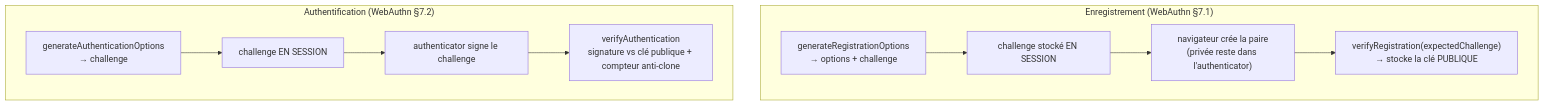
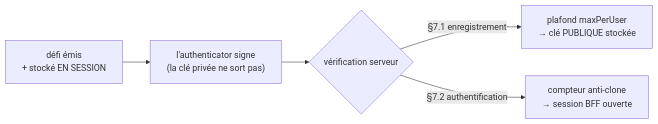
Before and after one commit to nodefony/nodefony-core: the first of 2 diagrams in src/packages/@nodefony/security/docs/webauthn.md, drawn with Mermaid. The commit also changed other lines of this file and 20 other files, not shown here.

````diff
--- a/src/packages/@nodefony/security/docs/webauthn.md
+++ b/src/packages/@nodefony/security/docs/webauthn.md
@@ -37,13 +45,7 @@
 ```mermaid
-flowchart TD
-  subgraph ENR["Enregistrement (WebAuthn §7.1)"]
-    R1["generateRegistrationOptions<br/>→ options + challenge"] --> R2["challenge stocké EN SESSION"]
-    R2 --> R3["navigateur crée la paire<br/>(privée reste dans l'authenticator)"]
-    R3 --> R4["verifyRegistration(expectedChallenge)<br/>→ stocke la clé PUBLIQUE"]
-  end
-  subgraph AUTH["Authentification (WebAuthn §7.2)"]
-    A1["generateAuthenticationOptions<br/>→ challenge"] --> A2["challenge EN SESSION"]
-    A2 --> A3["authenticator signe le challenge"]
-    A3 --> A4["verifyAuthentication<br/>signature vs clé publique + compteur anti-clone"]
-  end
+flowchart LR
+  D["défi émis<br/>+ stocké EN SESSION"] --> S["l'authenticator signe<br/>(la clé privée ne sort pas)"]
+  S --> V{"vérification serveur"}
+  V -->|"§7.1 enregistrement"| R["plafond maxPerUser<br/>→ clé PUBLIQUE stockée"]
+  V -->|"§7.2 authentification"| A["compteur anti-clone<br/>→ session BFF ouverte"]
 ```
````
